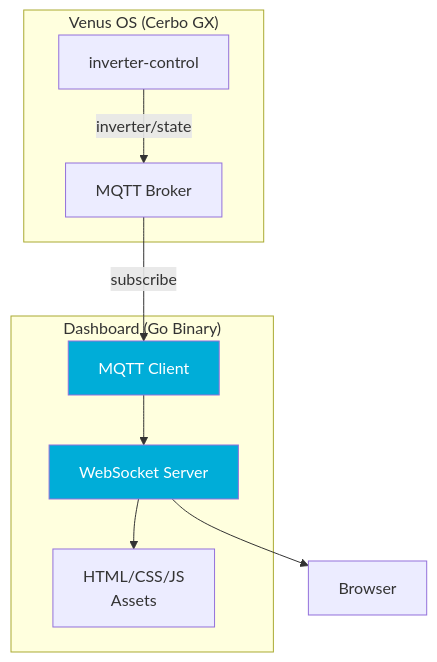
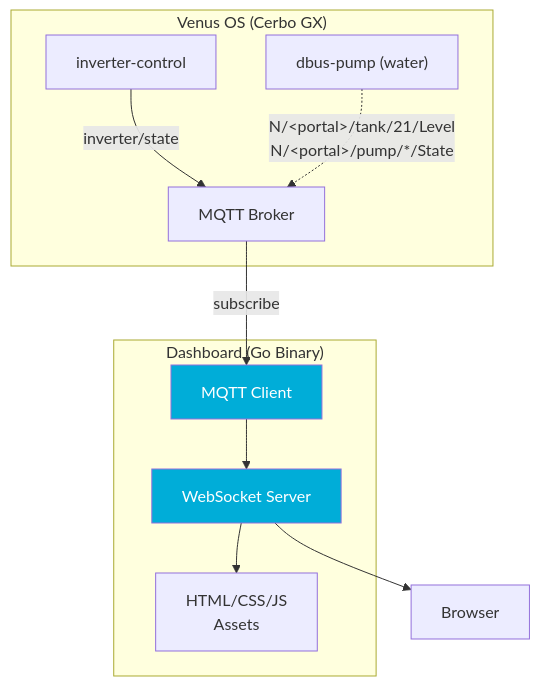
One commit to victron-venus/inverter-dashboard-go changed the diagram in README.md. Above: the diagram before and after it, drawn with Mermaid. The commit also changed other lines of this file and 12 other files, not shown here.

First line of the commit message:
Water: dbus-pump via Cerbo MQTT instead of Home Assistant (#89)

````diff
--- a/README.md
+++ b/README.md
@@ -39,21 +39,23 @@
 ```mermaid
 flowchart TD
     subgraph Venus["Venus OS (Cerbo GX)"]
         INV["inverter-control"]
+        DP["dbus-pump (water)"]
         MQTT["MQTT Broker"]
     end
 
     subgraph Dashboard["Dashboard (Go Binary)"]
         MQTT_SUB["MQTT Client"]
         WS["WebSocket Server"]
         WS --> UI["HTML/CSS/JS\nAssets"]
     end
 
     INV -->|"inverter/state"| MQTT
+    DP -.->|"N/&lt;portal&gt;/tank/21/Level<br/>N/&lt;portal&gt;/pump/*/State"| MQTT
     MQTT -->|"subscribe"| MQTT_SUB
     MQTT_SUB --> WS
     WS --> BROWSER["Browser"]
 
     style MQTT_SUB fill:#00ADD8,color:#fff
     style WS fill:#00ADD8,color:#fff
 ```
````
